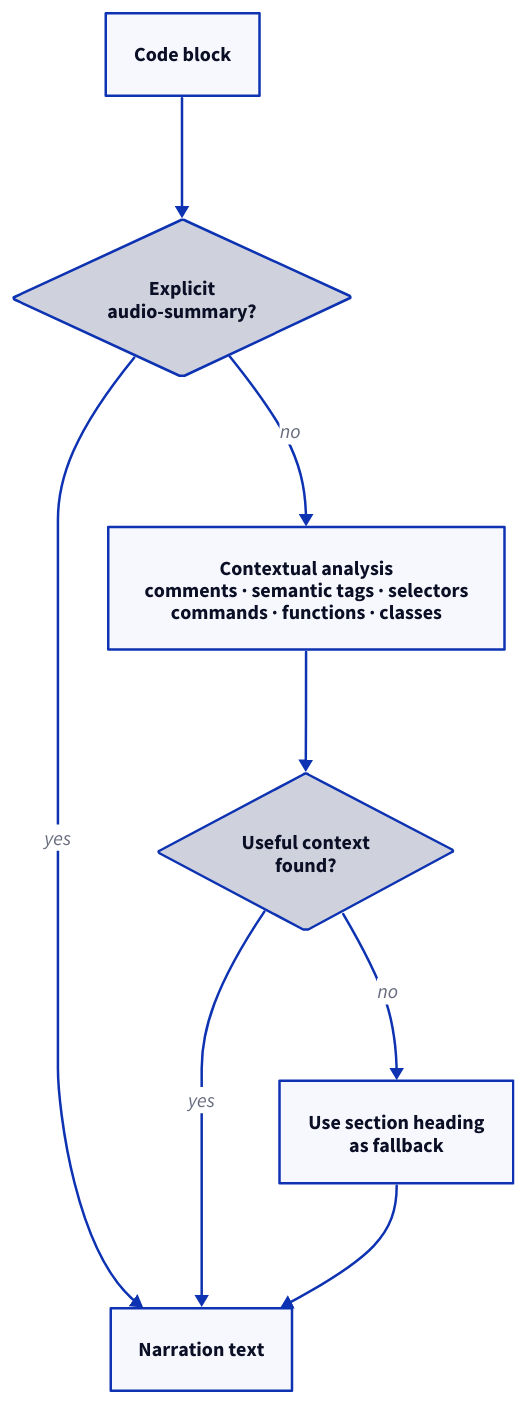
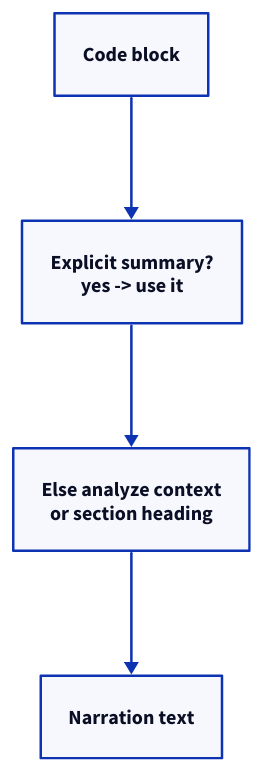
Before and after one commit to g-savitha/gsavitha.in: the second of 7 diagrams in src/content/blog/blog-audio-player.md, drawn with D2. The commit also changed other lines of this file and 11 other files, not shown here.

````diff
--- a/src/content/blog/blog-audio-player.md
+++ b/src/content/blog/blog-audio-player.md
@@ -149,16 +130,8 @@
 ```d2
 direction: down
 CB: "Code block" {class: content}
-EXPLICIT: "Explicit\naudio-summary?" {shape: diamond; class: amber}
+EX: "Explicit summary?\nyes -> use it" {class: amber}
+AN: "Else analyze context\nor section heading" {class: teal}
 OUT: "Narration text" {class: emerald}
-ANALYZE: "Contextual analysis\ncomments · semantic tags · selectors\ncommands · functions · classes" {class: teal}
-FOUND: "Useful context\nfound?" {shape: diamond; class: amber}
-FALLBACK: "Use section heading\nas fallback" {class: royal}
-CB -> EXPLICIT
-EXPLICIT -> OUT: yes
-EXPLICIT -> ANALYZE: no
-ANALYZE -> FOUND
-FOUND -> OUT: yes
-FOUND -> FALLBACK: no
-FALLBACK -> OUT
+CB -> EX -> AN -> OUT
 ```
````
